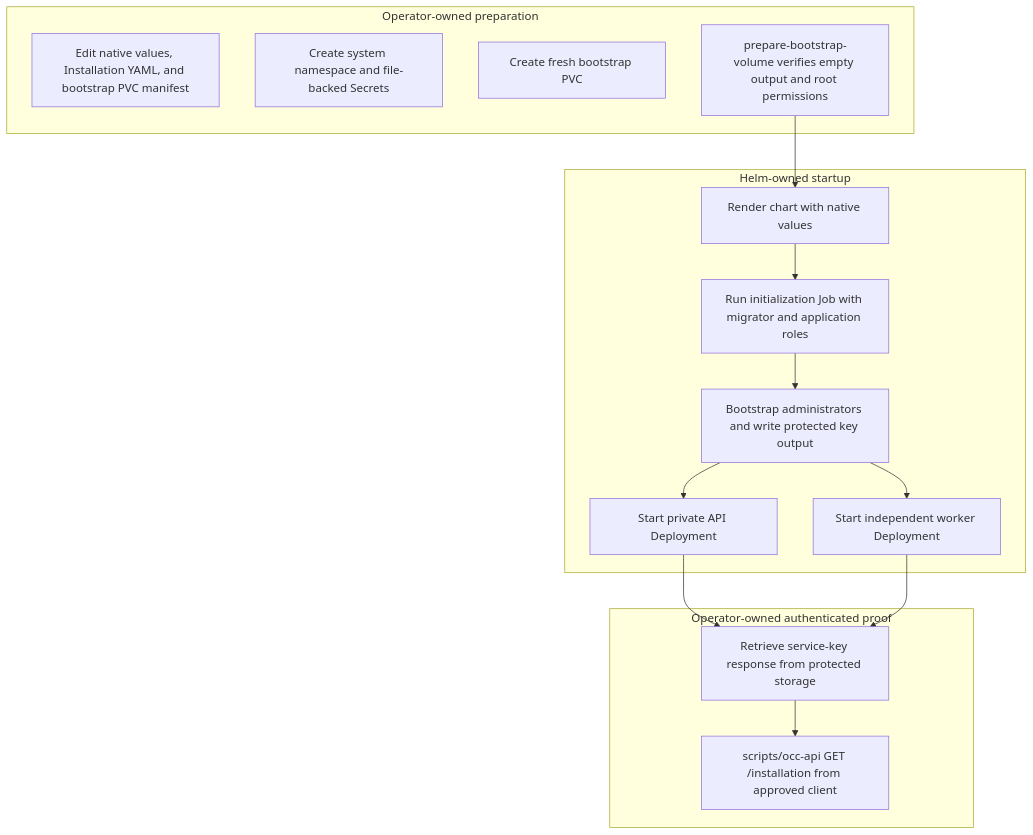
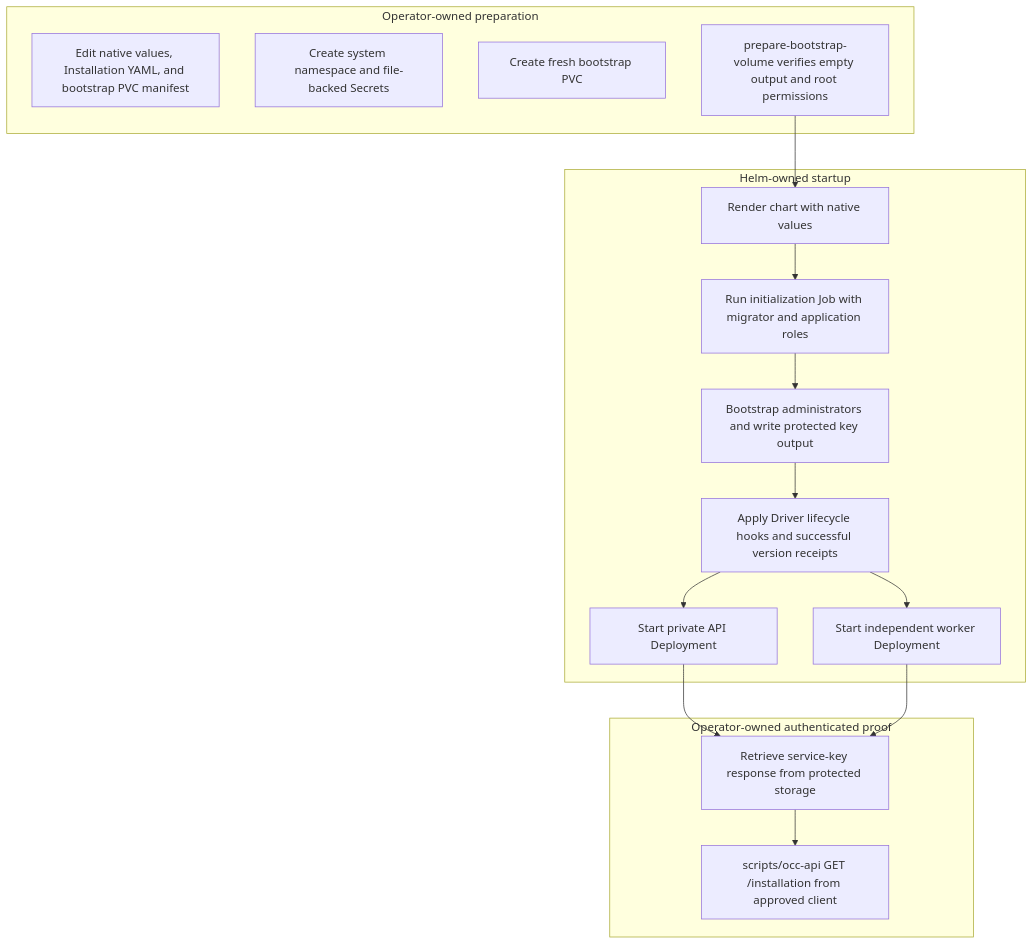
Before and after one commit to SebTardif/openclaw-enterprise: the diagram in docs/flows/production-startup.md, drawn with Mermaid. The commit also changed other lines of this file and 47 other files, not shown here.

Commit message:
feat: add Installation Driver lifecycle hooks

````diff
--- a/docs/flows/production-startup.md
+++ b/docs/flows/production-startup.md
@@ -37,21 +37,22 @@
 ```mermaid
 graph TD
     subgraph Operator["Operator-owned preparation"]
         A["Edit native values, Installation YAML, and bootstrap PVC manifest"]
         B["Create system namespace and file-backed Secrets"]
         C["Create fresh bootstrap PVC"]
         D["prepare-bootstrap-volume verifies empty output and root permissions"]
     end
     subgraph Helm["Helm-owned startup"]
         D --> E["Render chart with native values"]
         E --> F["Run initialization Job with migrator and application roles"]
         F --> G["Bootstrap administrators and write protected key output"]
-        G --> H["Start private API Deployment"]
-        G --> I["Start independent worker Deployment"]
+        G --> L["Apply Driver lifecycle hooks and successful version receipts"]
+        L --> H["Start private API Deployment"]
+        L --> I["Start independent worker Deployment"]
     end
     subgraph Proof["Operator-owned authenticated proof"]
         H --> J["Retrieve service-key response from protected storage"]
         I --> J
         J --> K["scripts/occ-api GET /installation from approved client"]
     end
 ```
````
